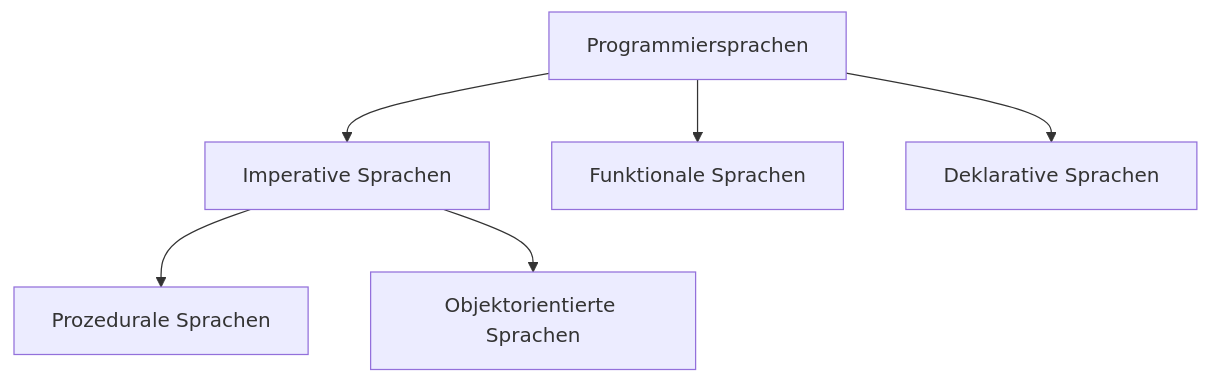
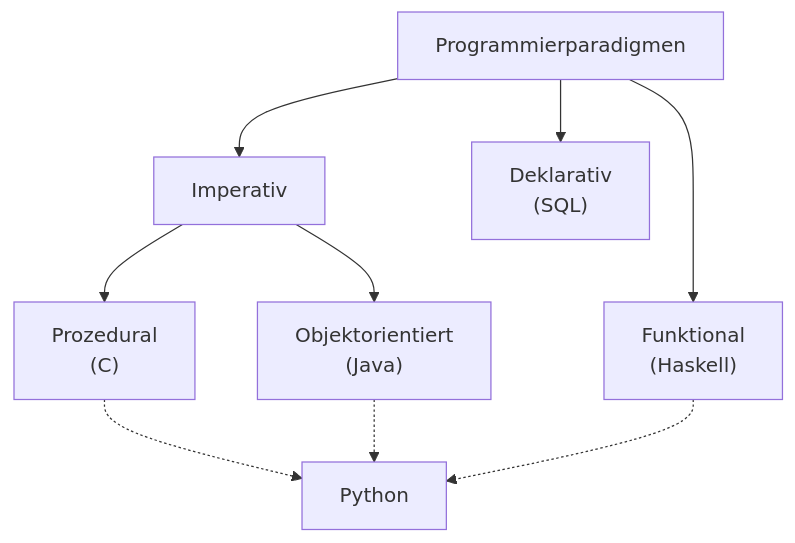
One commit to lfuhr/EDVSchule changed the diagram in Python.md. Above: the diagram before and after it, drawn with Mermaid. The commit also changed other lines of this file and 1 other file, not shown here.

````diff
--- a/Python.md
+++ b/Python.md
@@ -149,8 +166,9 @@
 ```mermaid
 graph TD
-s[Programmiersprachen]-->i[Imperative Sprachen]
-i-->p[Prozedurale Sprachen]
-i-->o[Objektorientierte Sprachen]
-s-->f[Funktionale Sprachen]
-s-->d[Deklarative Sprachen]
+s[Programmierparadigmen]-->i[Imperativ]
+i-->p["Prozedural<br>(C)"]-.-> Python
+i-->o["Objektorientiert<br>(Java)"]-.-> Python
+
+s-->f["Funktional<br>(Haskell)"]-.-> Python
+s-->d["Deklarativ<br>(SQL)"]
 ```
````
